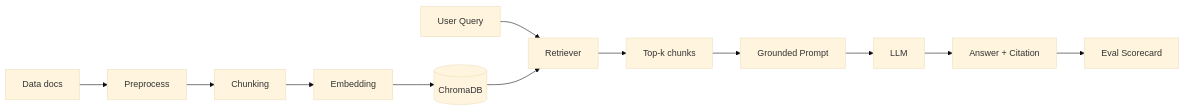
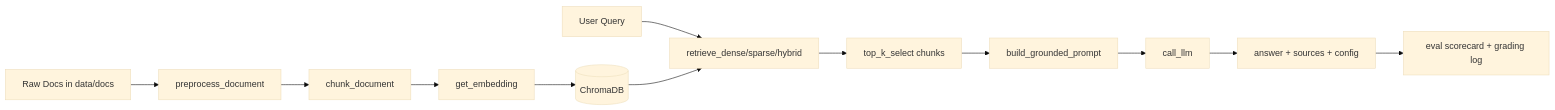
One commit to kagamikuro1024/Lab08.C401-C3 changed the diagram in lab/reports/group/template.md. Above: the diagram before and after it, drawn with Mermaid (base theme). The commit also changed other lines of this file, not shown here.

````diff
--- a/lab/reports/group/template.md
+++ b/lab/reports/group/template.md
@@ -36,14 +65,14 @@
 ```mermaid
 flowchart LR
-		A[Data docs] --> B[Preprocess]
-		B --> C[Chunking]
-		C --> D[Embedding]
-		D --> E[(ChromaDB)]
-		Q[User Query] --> F[Retriever]
-		E --> F
-		F --> G[Top-k chunks]
-		G --> H[Grounded Prompt]
-		H --> I[LLM]
-		I --> J[Answer + Citation]
-		J --> K[Eval Scorecard]
+    A[Raw Docs in data/docs] --> B[preprocess_document]
+    B --> C[chunk_document]
+    C --> D[get_embedding]
+    D --> E[(ChromaDB)]
+    Q[User Query] --> F[retrieve_dense/sparse/hybrid]
+    E --> F
+    F --> G[top_k_select chunks]
+    G --> H[build_grounded_prompt]
+    H --> I[call_llm]
+    I --> J[answer + sources + config]
+    J --> K[eval scorecard + grading log]
 ```
````
